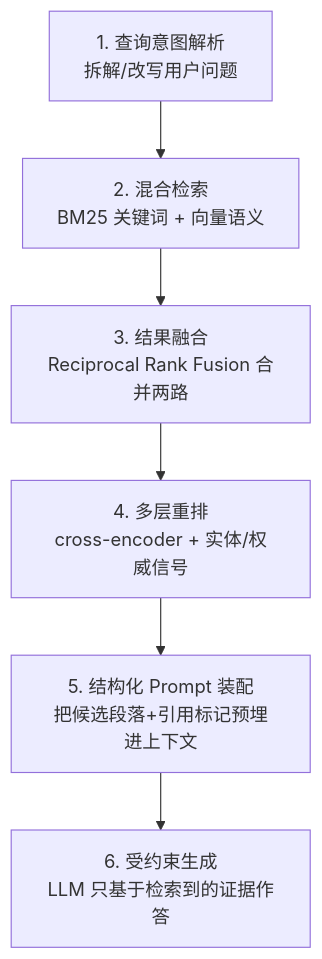
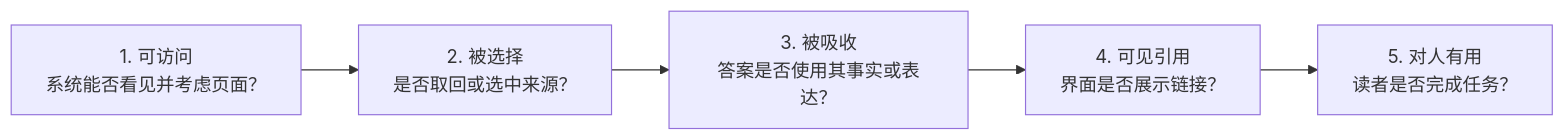
One commit to cubxxw/blog changed the diagram in content/zh/ai-agent/posts/geo-how-ai-retrieves-and-cites.md. Above: the diagram before and after it, drawn with Mermaid. The commit also changed other lines of this file and 40 other files, not shown here.

````diff
--- a/content/zh/ai-agent/posts/geo-how-ai-retrieves-and-cites.md
+++ b/content/zh/ai-agent/posts/geo-how-ai-retrieves-and-cites.md
@@ -51,8 +100,7 @@
 ```mermaid
-flowchart TB
-    A[1. 查询意图解析<br/>拆解/改写用户问题] --> B[2. 混合检索<br/>BM25 关键词 + 向量语义]
-    B --> C[3. 结果融合<br/>Reciprocal Rank Fusion 合并两路]
-    C --> D[4. 多层重排<br/>cross-encoder + 实体/权威信号]
-    D --> E[5. 结构化 Prompt 装配<br/>把候选段落+引用标记预埋进上下文]
-    E --> F[6. 受约束生成<br/>LLM 只基于检索到的证据作答]
+flowchart LR
+    A["1. 可访问<br/>系统能否看见并考虑页面？"] --> B["2. 被选择<br/>是否取回或选中来源？"]
+    B --> C["3. 被吸收<br/>答案是否使用其事实或表达？"]
+    C --> D["4. 可见引用<br/>界面是否展示链接？"]
+    D --> E["5. 对人有用<br/>读者是否完成任务？"]
 ```
````
